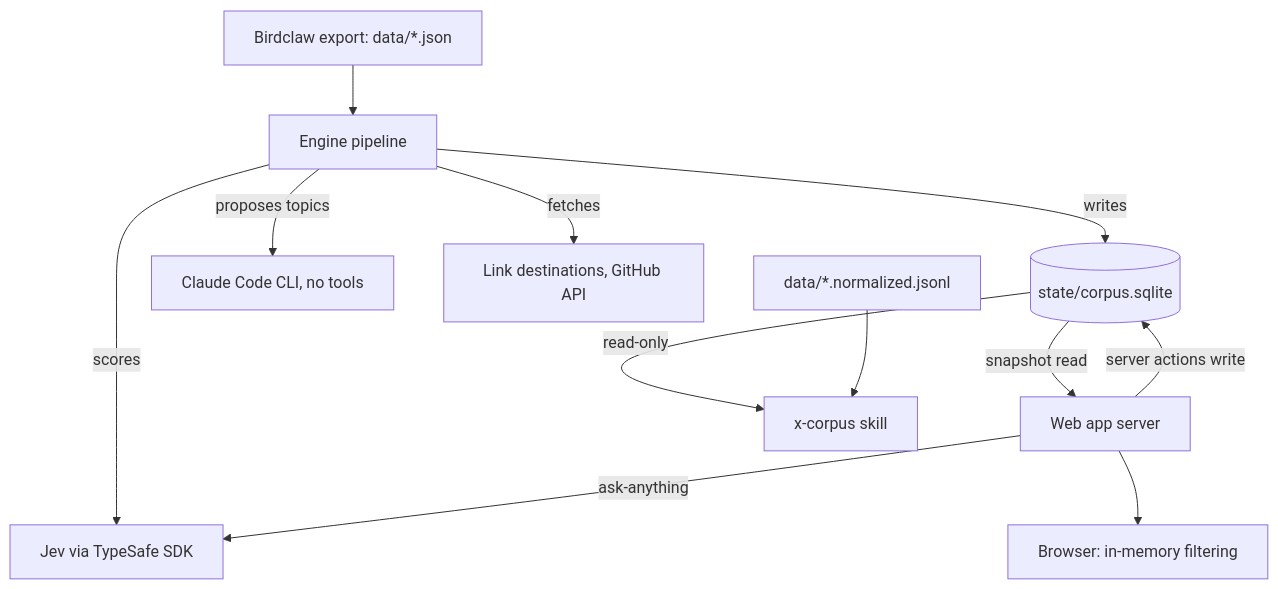
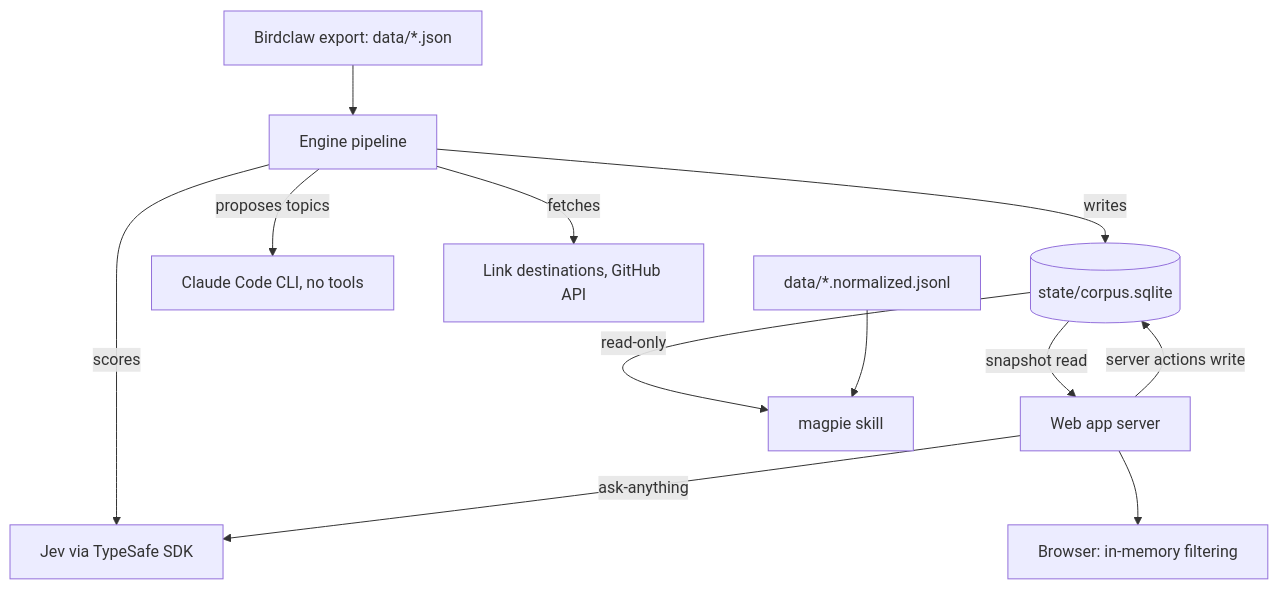
The third of 6 diagrams in docs/plans/2026-11-19-1053-feat-corpus-screen-categories-plan.md (ianpoley/magpie), drawn with Mermaid before and after one commit. The commit also changed other lines of this file and 44 other files, not shown here.

First line of the commit message:
refactor: rename x-corpus to magpie, with a handover for existing installs

````diff
--- a/docs/plans/2026-11-19-1053-feat-corpus-screen-categories-plan.md
+++ b/docs/plans/2026-11-19-1053-feat-corpus-screen-categories-plan.md
@@ -280,14 +280,14 @@
 ```mermaid
 flowchart TB
   X[Birdclaw export: data/*.json] --> P[Engine pipeline]
   P -->|writes| S[(state/corpus.sqlite)]
   P -->|scores| J[Jev via TypeSafe SDK]
   P -->|proposes topics| C[Claude Code CLI, no tools]
   P -->|fetches| W[Link destinations, GitHub API]
   S -->|snapshot read| A[Web app server]
   A -->|server actions write| S
   A -->|ask-anything| J
   A --> B[Browser: in-memory filtering]
-  S -->|read-only| K[x-corpus skill]
+  S -->|read-only| K[magpie skill]
   N[data/*.normalized.jsonl] --> K
 ```
````
